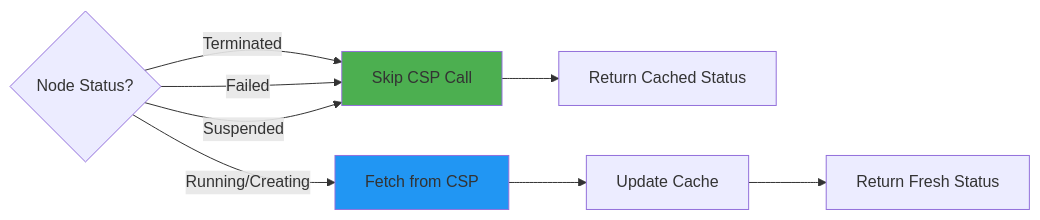
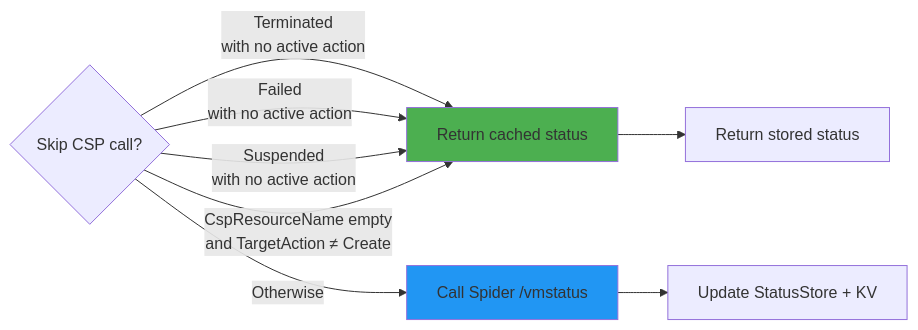
Before and after one commit to cloud-barista/cb-tumblebug: the eighth of 10 diagrams in docs/feature_guide/infra-resource-model-and-lifecycle-management.md, drawn with Mermaid. The commit also changed other lines of this file and 10 other files, not shown here.

````diff
--- a/docs/feature_guide/infra-resource-model-and-lifecycle-management.md
+++ b/docs/feature_guide/infra-resource-model-and-lifecycle-management.md
@@ -478,16 +566,16 @@
 ```mermaid
 flowchart LR
-    CHECK{Node Status?}
-    
-    CHECK -->|Terminated| SKIP[Skip CSP Call]
-    CHECK -->|Failed| SKIP
-    CHECK -->|Suspended| SKIP
-    CHECK -->|Running/Creating| FETCH[Fetch from CSP]
-    
-    SKIP --> CACHE[Return Cached Status]
-    FETCH --> UPDATE[Update Cache]
-    UPDATE --> RETURN[Return Fresh Status]
-    
+    CHECK{Skip CSP call?}
+
+    CHECK -->|Terminated\nwith no active action| SKIP[Return cached status]
+    CHECK -->|Failed\nwith no active action| SKIP
+    CHECK -->|Suspended\nwith no active action| SKIP
+    CHECK -->|CspResourceName empty\nand TargetAction ≠ Create| SKIP
+    CHECK -->|Otherwise| FETCH[Call Spider /vmstatus]
+
+    SKIP --> CACHE[Return stored status]
+    FETCH --> UPDATE[Update StatusStore + KV]
+
     style SKIP fill:#4caf50
     style FETCH fill:#2196f3
 ```
````
